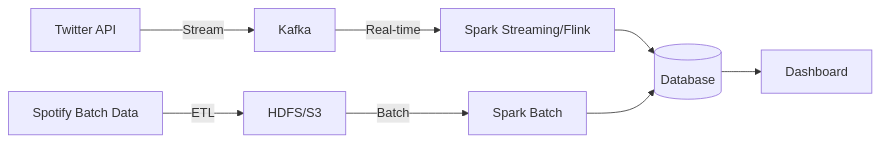
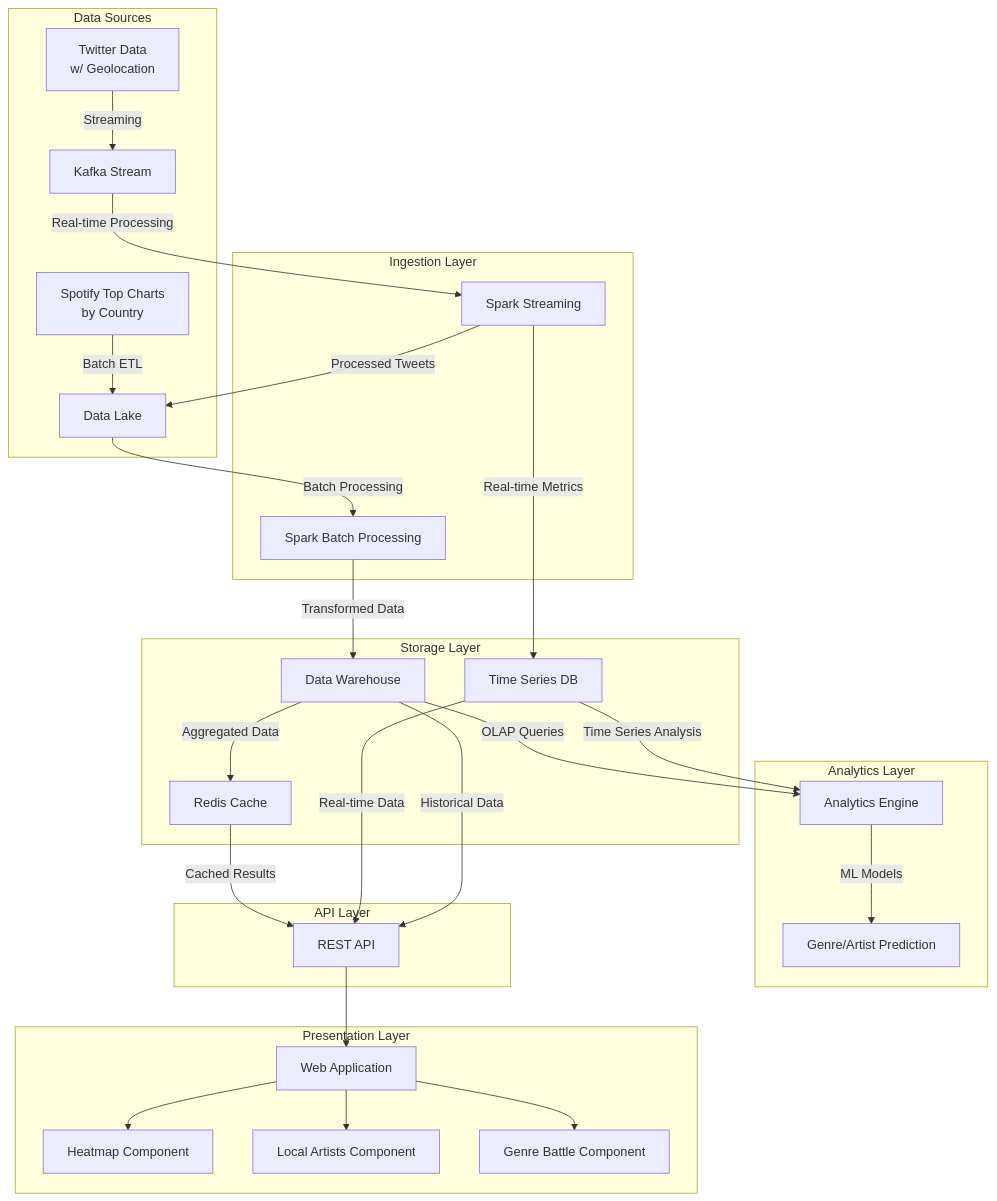
The diagram in README.md (rozee01/ProjetBigData), drawn with Mermaid before and after one commit.

Commit message:
Update Architecture

````diff
--- a/README.md
+++ b/README.md
@@ -40,9 +40,38 @@
 ```mermaid
-graph LR
-  A[Twitter API] -->|Stream| B[Kafka]
-  C[Spotify Batch Data] -->|ETL| D[HDFS/S3]
-  B -->|Real-time| E[Spark Streaming/Flink]
-  D -->|Batch| F[Spark Batch]
-  E & F --> G[(Database)]
-  G --> H[Dashboard]
+flowchart TD
+    subgraph Data Sources
+        TD[Twitter Data\nw/ Geolocation] -->|Streaming| KS[Kafka Stream]
+        SD[Spotify Top Charts\nby Country] -->|Batch ETL| DL[Data Lake]
+    end
+
+    subgraph Ingestion Layer
+        KS -->|Real-time Processing| SP[Spark Streaming]
+        SP -->|Processed Tweets| DL
+        DL -->|Batch Processing| BP[Spark Batch Processing]
+    end
+
+    subgraph Storage Layer
+        BP -->|Transformed Data| DW[Data Warehouse]
+        SP -->|Real-time Metrics| TS[Time Series DB]
+        DW -->|Aggregated Data| RC[Redis Cache]
+    end
+
+    subgraph Analytics Layer
+        DW -->|OLAP Queries| AN[Analytics Engine]
+        TS -->|Time Series Analysis| AN
+        AN -->|ML Models| ML[Genre/Artist Prediction]
+    end
+
+    subgraph API Layer
+        RC -->|Cached Results| API[REST API]
+        TS -->|Real-time Data| API
+        DW -->|Historical Data| API
+    end
+
+    subgraph Presentation Layer
+        API --> WA[Web Application]
+        WA --> HM[Heatmap Component]
+        WA --> LA[Local Artists Component]
+        WA --> GB[Genre Battle Component]
+    end
 ```  
````
